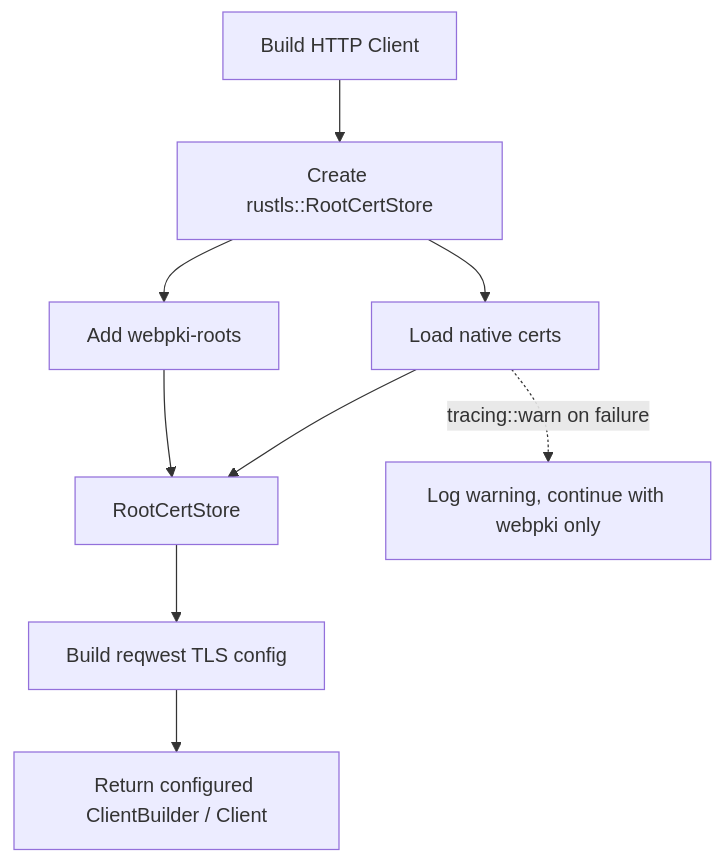
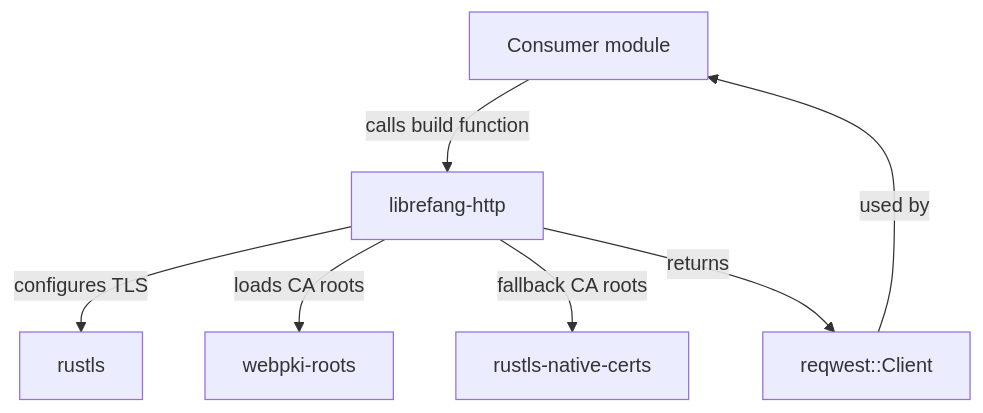
One commit to leszek3737/librefang-WIki changed the diagram in other-librefang-http.md. Above: the diagram before and after it, drawn with Mermaid. The commit also changed other lines of this file and 119 other files, not shown here.

````diff
--- a/other-librefang-http.md
+++ b/other-librefang-http.md
@@ -30,11 +13,9 @@
 ```mermaid
-flowchart TD
-    A[Build HTTP Client] --> B[Create rustls::RootCertStore]
-    B --> C[Add webpki-roots]
-    B --> D[Load native certs]
-    C --> E[RootCertStore]
-    D --> E
-    E --> F[Build reqwest TLS config]
-    F --> G[Return configured ClientBuilder / Client]
-    D -.->|tracing::warn on failure| H[Log warning, continue with webpki only]
+graph TD
+    A[Consumer module] -->|calls build function| B[librefang-http]
+    B -->|configures TLS| C[rustls]
+    B -->|loads CA roots| D[webpki-roots]
+    B -->|fallback CA roots| E[rustls-native-certs]
+    B -->|returns| F[reqwest::Client]
+    F -->|used by| A
 ```
````
